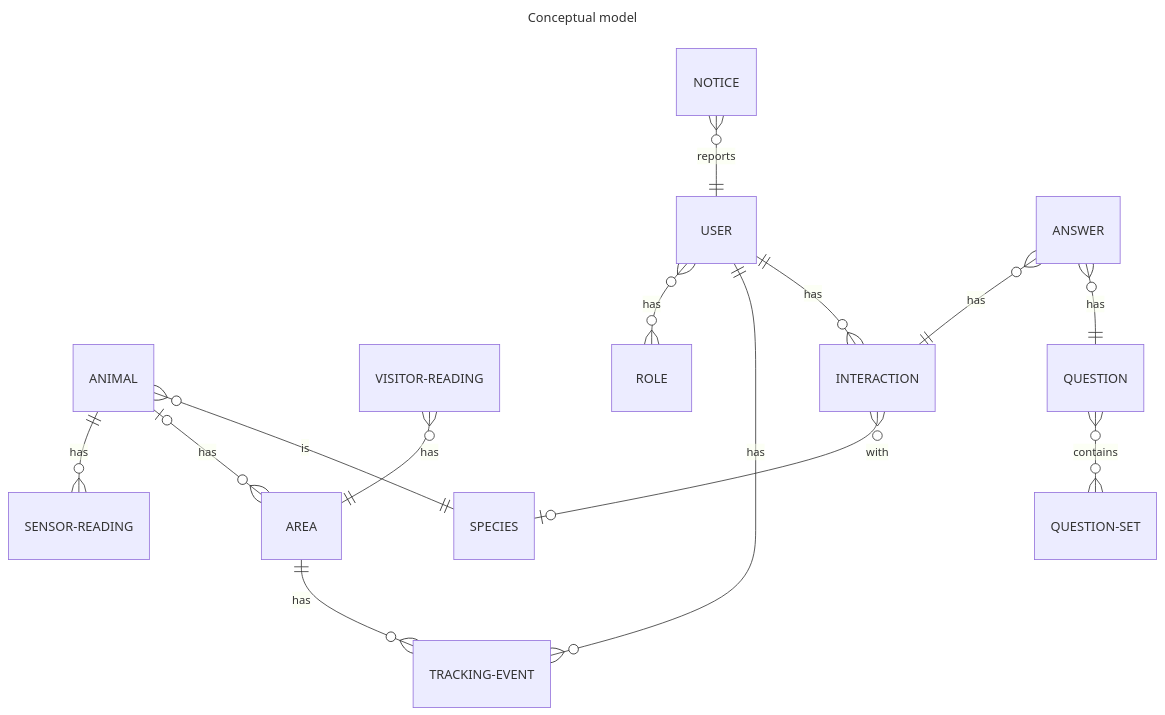
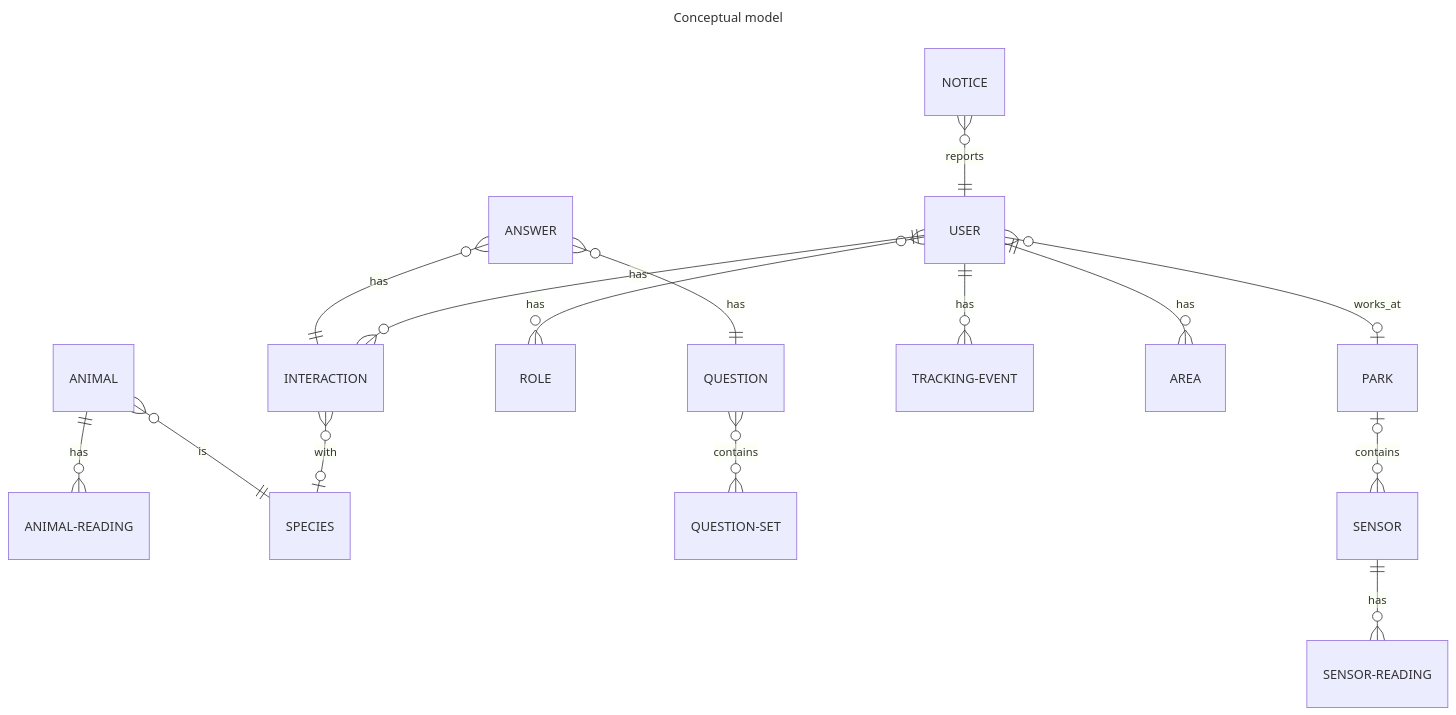
Before and after one commit to UtrechtUniversity/wildlifenl: the diagram in README.md, drawn with Mermaid. The commit also changed other lines of this file and 4 other files, not shown here.

````diff
--- a/README.md
+++ b/README.md
@@ -34,19 +38,20 @@
 ```mermaid
 ---
 title: Conceptual model
 ---
-erDiagram
-    AREA ||--o{ TRACKING-EVENT : has 
-    ANIMAL ||--o{ SENSOR-READING : has
-    ANIMAL |o--o{ AREA : has
+erDiagram 
+    ANIMAL ||--o{ ANIMAL-READING : has
     ANIMAL }o--|| SPECIES : is
-    VISITOR-READING }o--|| AREA : has
     INTERACTION }o--o| SPECIES : with
     NOTICE }o--|| USER : reports
     ANSWER }o--|| INTERACTION : has
     USER }o--o{ ROLE : has
     ANSWER }o--|| QUESTION : has
     QUESTION }o--o{ QUESTION-SET : contains 
     USER ||--o{ TRACKING-EVENT : has
     USER ||--o{ INTERACTION : has
+    USER ||--o{ AREA : has
+    USER }o--o| PARK : works_at
+    PARK |o--o{ SENSOR : contains
+    SENSOR ||--o{ SENSOR-READING : has
 ```
````
